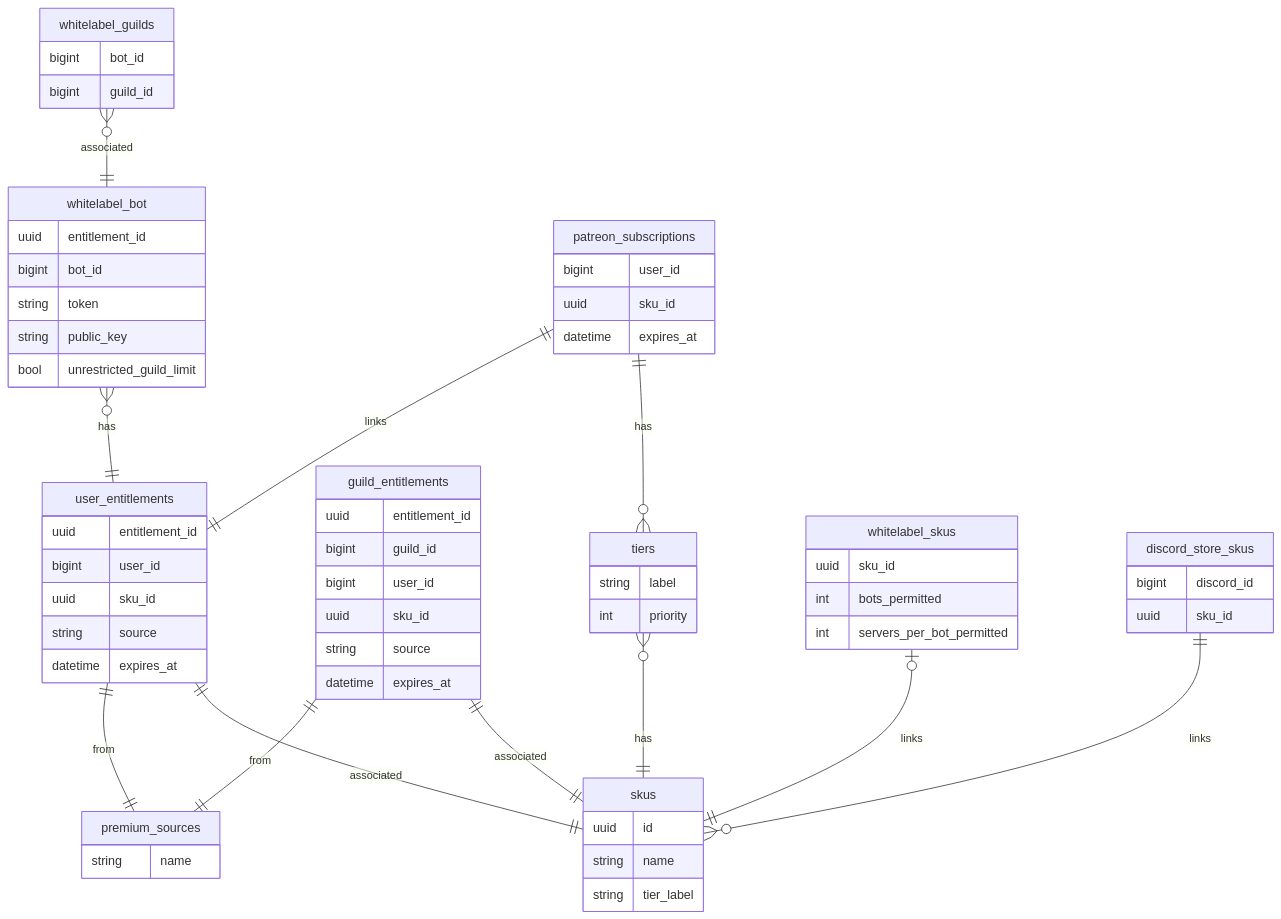
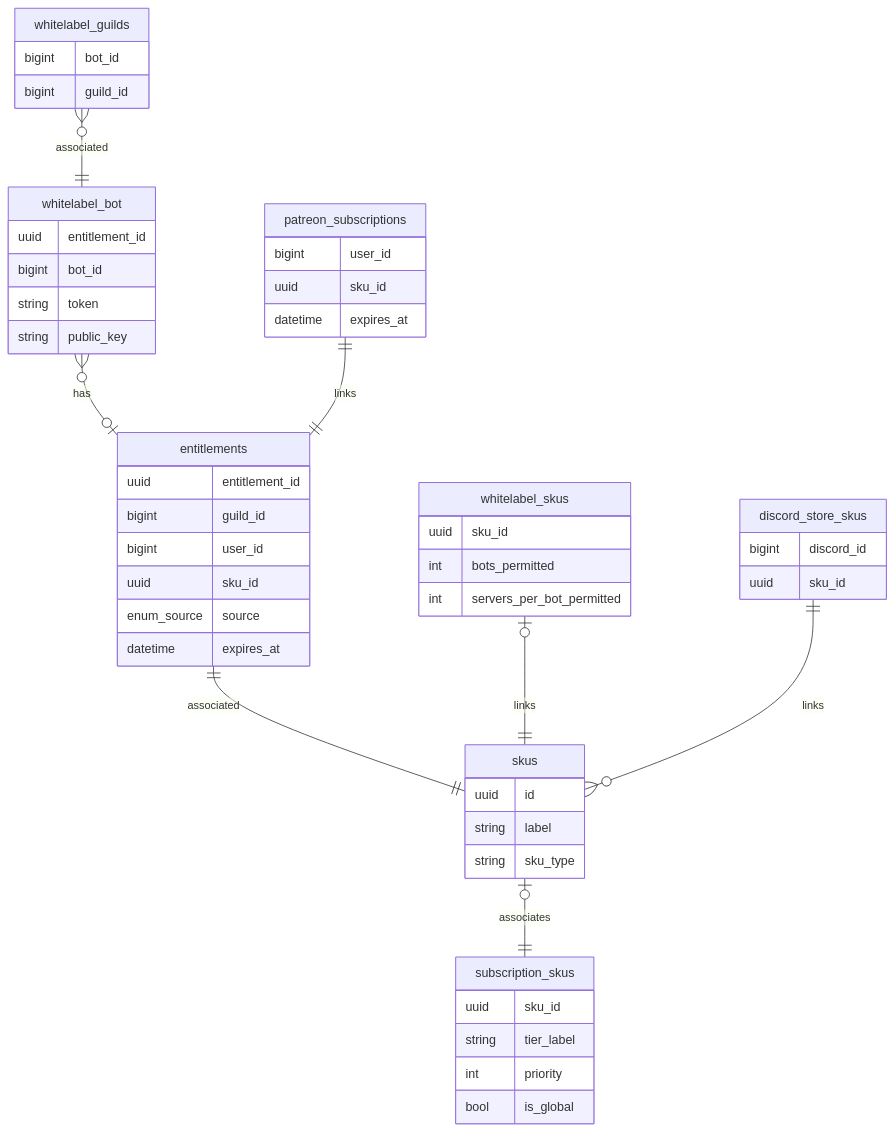
One commit to TicketsBot/database changed the diagram in uml/entitlements.md. Above: the diagram before and after it, drawn with Mermaid. The commit also changed 43 other files, not shown here.

````diff
--- a/uml/entitlements.md
+++ b/uml/entitlements.md
@@ -5,81 +5,66 @@
 ```mermaid
 erDiagram
     wl[whitelabel_bot] {
         uuid entitlement_id
         bigint bot_id
         string token
         string public_key
-        bool unrestricted_guild_limit
     }
 
     wlguilds[whitelabel_guilds] {
         bigint bot_id
         bigint guild_id
     }
 
     wlguilds }o--|| wl: associated
 
-    uent[user_entitlements] {
-        uuid entitlement_id
-        bigint user_id
-        uuid sku_id
-        string source
-        datetime expires_at
-    }
+    wl }o--o| ent : has
+    ent ||--|| skus : associated
 
-    wl }o--|| uent : has
-    uent ||--|| skus : associated
-    gent ||--|| skus : associated
-    uent ||--|| source : from
-    gent ||--|| source : from
-
-    gent[guild_entitlements] {
+    ent[entitlements] {
         uuid entitlement_id
         bigint guild_id
         bigint user_id
         uuid sku_id
-        string source
+        enum_source source
         datetime expires_at
-    }
-
-    tiers {
-        string label
-        int priority
     }
 
     skus {
         uuid id
-        string name
-        string tier_label
+        string label
+        string sku_type
     }
 
-    tiers }o--|| skus : has
+    skus |o--|| subscription_skus : associates
+
+    subscription_skus {
+        uuid sku_id
+        string tier_label
+        int priority
+        bool is_global
+    }
 
     wlskus[whitelabel_skus] {
         uuid sku_id
         int bots_permitted
         int servers_per_bot_permitted
     }
 
     wlskus |o--|| skus : links
 
-    source[premium_sources] {
-        string name
-    }
-
     patreon[patreon_subscriptions] {
         bigint user_id
         uuid sku_id
         datetime expires_at
     }
 
-    patreon ||--o{ tiers : has
-    patreon ||--|| uent : links
+    patreon ||--|| ent : links
 
     discord_store_skus {
         bigint discord_id
         uuid sku_id
     }
 
     discord_store_skus ||--o{ skus : links
 ```
````
